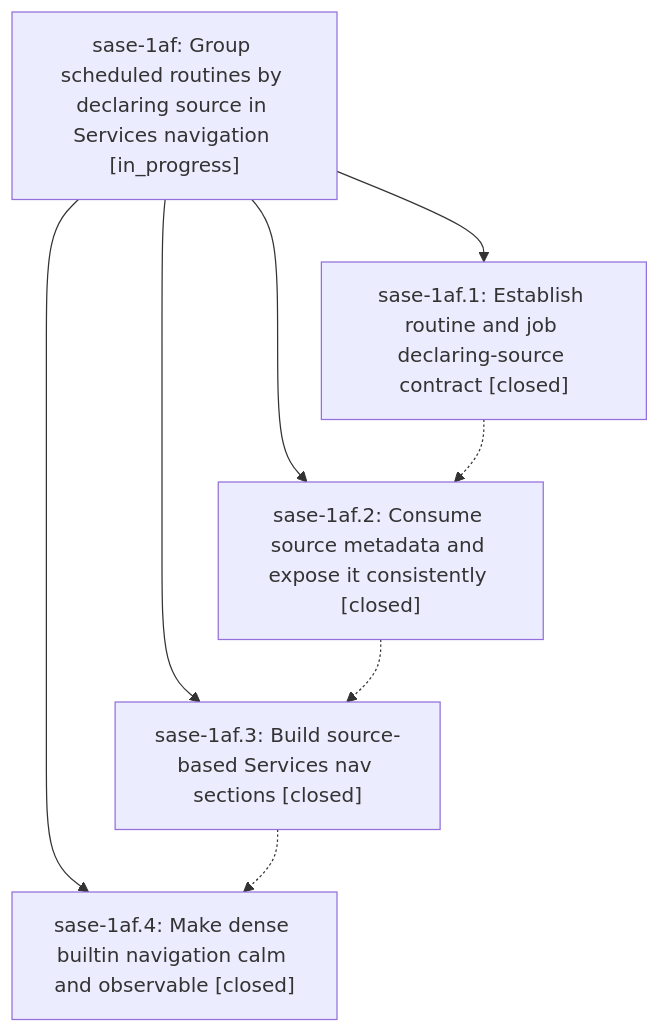
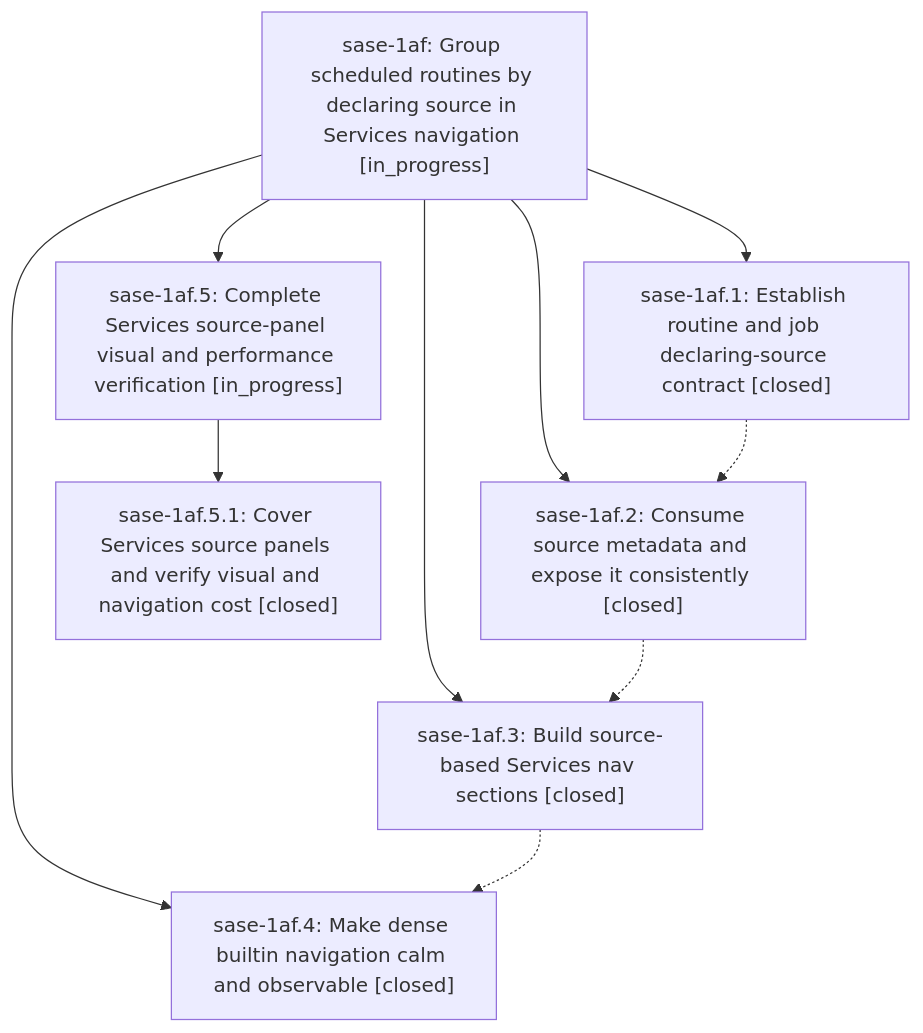
One commit to sase-org/sase--beads changed the diagram in pages/sase-1af/README.md. Above: the diagram before and after it, drawn with Mermaid. The commit also changed other lines of this file and 2 other files, not shown here.

First line of the commit message:
chore(beads): sync bead state and pages for sase-1af

````diff
--- a/pages/sase-1af/README.md
+++ b/pages/sase-1af/README.md
@@ -25,15 +29,19 @@
 ```mermaid
 flowchart TD
     n0["sase-1af: Group scheduled routines by declaring source in Services navigation [in_progress]"]
     n1["sase-1af.1: Establish routine and job declaring-source contract [closed]"]
     n2["sase-1af.2: Consume source metadata and expose it consistently [closed]"]
     n3["sase-1af.3: Build source-based Services nav sections [closed]"]
     n4["sase-1af.4: Make dense builtin navigation calm and observable [closed]"]
+    n5["sase-1af.5: Complete Services source-panel visual and performance verification [in_progress]"]
+    n6["sase-1af.5.1: Cover Services source panels and verify visual and navigation cost [closed]"]
     n0 --> n1
     n0 --> n2
     n0 --> n3
     n0 --> n4
+    n0 --> n5
+    n5 --> n6
     n1 -.-> n2
     n2 -.-> n3
     n3 -.-> n4
 ```
````
